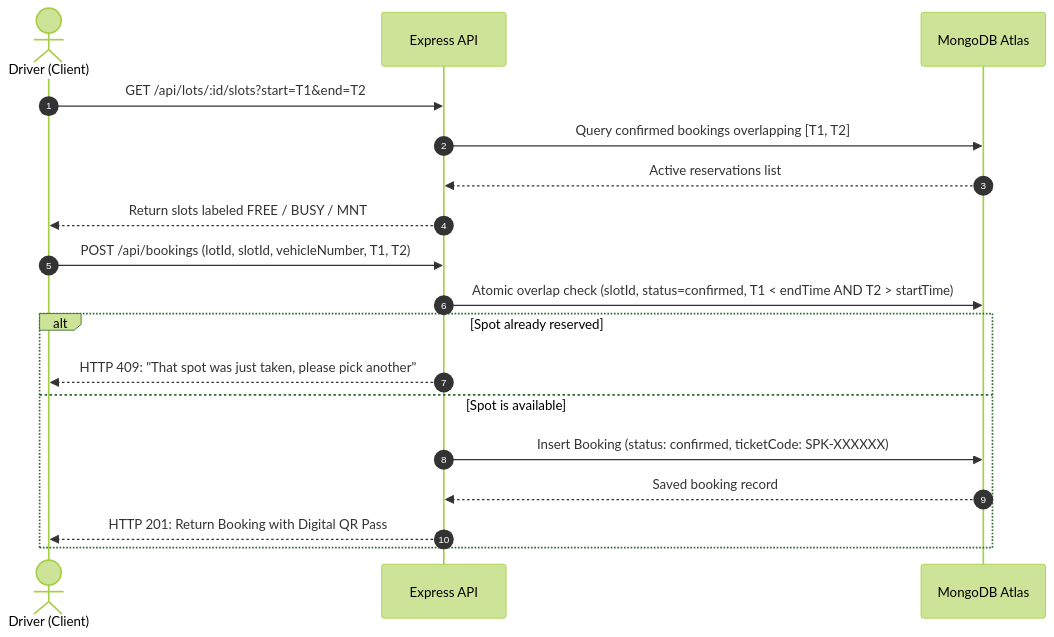
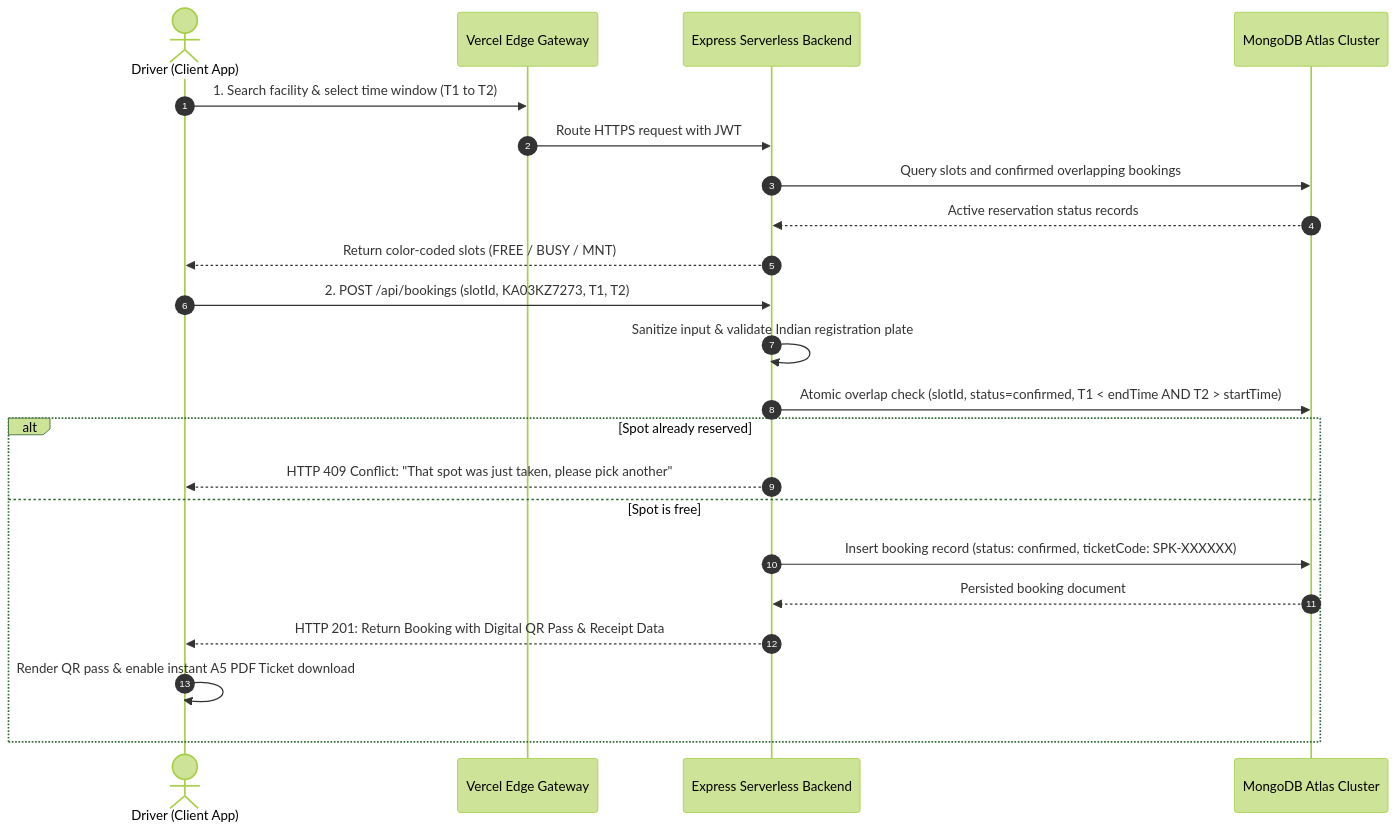
The second of 2 diagrams in docs/PROJECT_REPORT.md (yuvanharshaj/FSD-PROJECT), drawn with Mermaid (forest theme) before and after one commit. The commit also changed other lines of this file and 3 other files, not shown here.

````diff
--- a/docs/PROJECT_REPORT.md
+++ b/docs/PROJECT_REPORT.md
@@ -108,21 +99,25 @@
 ```mermaid
 sequenceDiagram
     autonumber
-    actor Driver as Driver (Client)
-    participant API as Express API
-    participant DB as MongoDB Atlas
+    actor Driver as Driver (Client App)
+    participant Edge as Vercel Edge Gateway
+    participant API as Express Serverless Backend
+    participant DB as MongoDB Atlas Cluster
 
-    Driver->>API: GET /api/lots/:id/slots?start=T1&end=T2
-    API->>DB: Query confirmed bookings overlapping [T1, T2]
-    DB-->>API: Active reservations list
-    API-->>Driver: Return slots labeled FREE / BUSY / MNT
-    Driver->>API: POST /api/bookings (lotId, slotId, vehicleNumber, T1, T2)
+    Driver->>Edge: 1. Search facility & select time window (T1 to T2)
+    Edge->>API: Route HTTPS request with JWT
+    API->>DB: Query slots and confirmed overlapping bookings
+    DB-->>API: Active reservation status records
+    API-->>Driver: Return color-coded slots (FREE / BUSY / MNT)
+    Driver->>API: 2. POST /api/bookings (slotId, KA03KZ7273, T1, T2)
+    API->>API: Sanitize input & validate Indian registration plate
     API->>DB: Atomic overlap check (slotId, status=confirmed, T1 < endTime AND T2 > startTime)
     alt Spot already reserved
-        API-->>Driver: HTTP 409: "That spot was just taken, please pick another"
-    else Spot is available
-        API->>DB: Insert Booking (status: confirmed, ticketCode: SPK-XXXXXX)
-        DB-->>API: Saved booking record
-        API-->>Driver: HTTP 201: Return Booking with Digital QR Pass
+        API-->>Driver: HTTP 409 Conflict: "That spot was just taken, please pick another"
+    else Spot is free
+        API->>DB: Insert booking record (status: confirmed, ticketCode: SPK-XXXXXX)
+        DB-->>API: Persisted booking document
+        API-->>Driver: HTTP 201: Return Booking with Digital QR Pass & Receipt Data
+        Driver->>Driver: Render QR pass & enable instant A5 PDF Ticket download
     end
 ```
````
